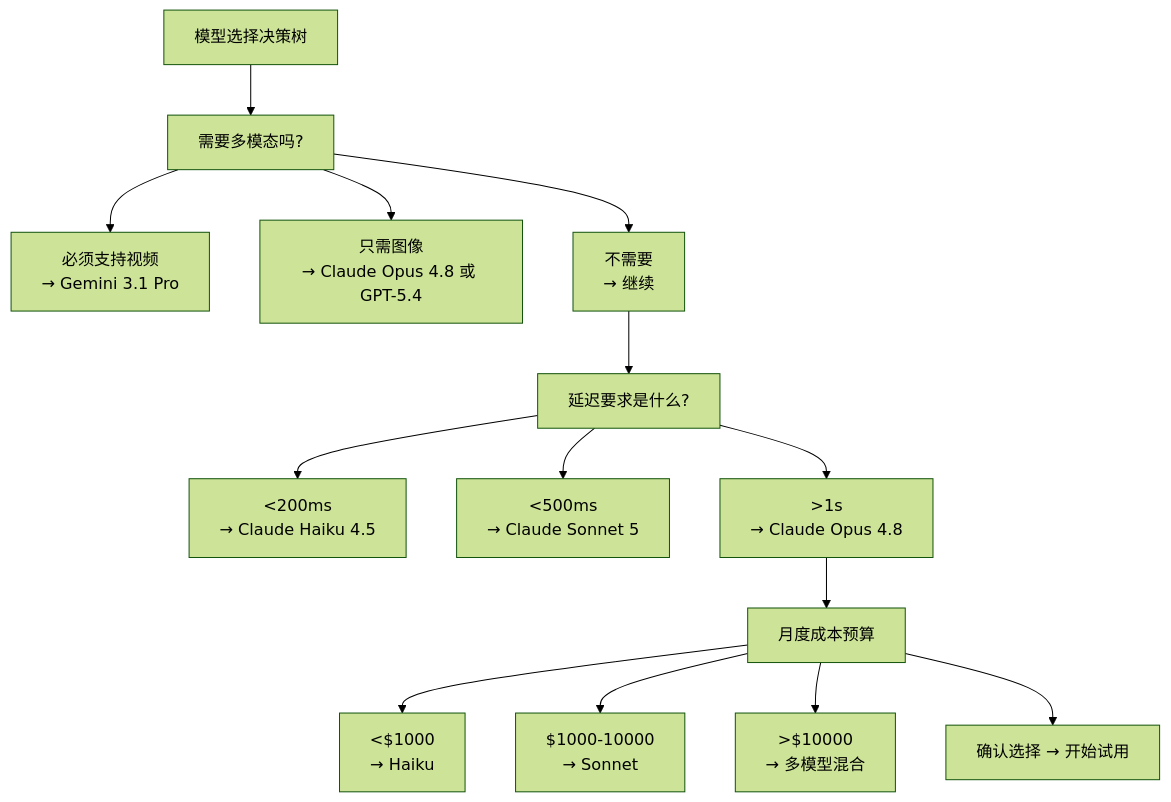
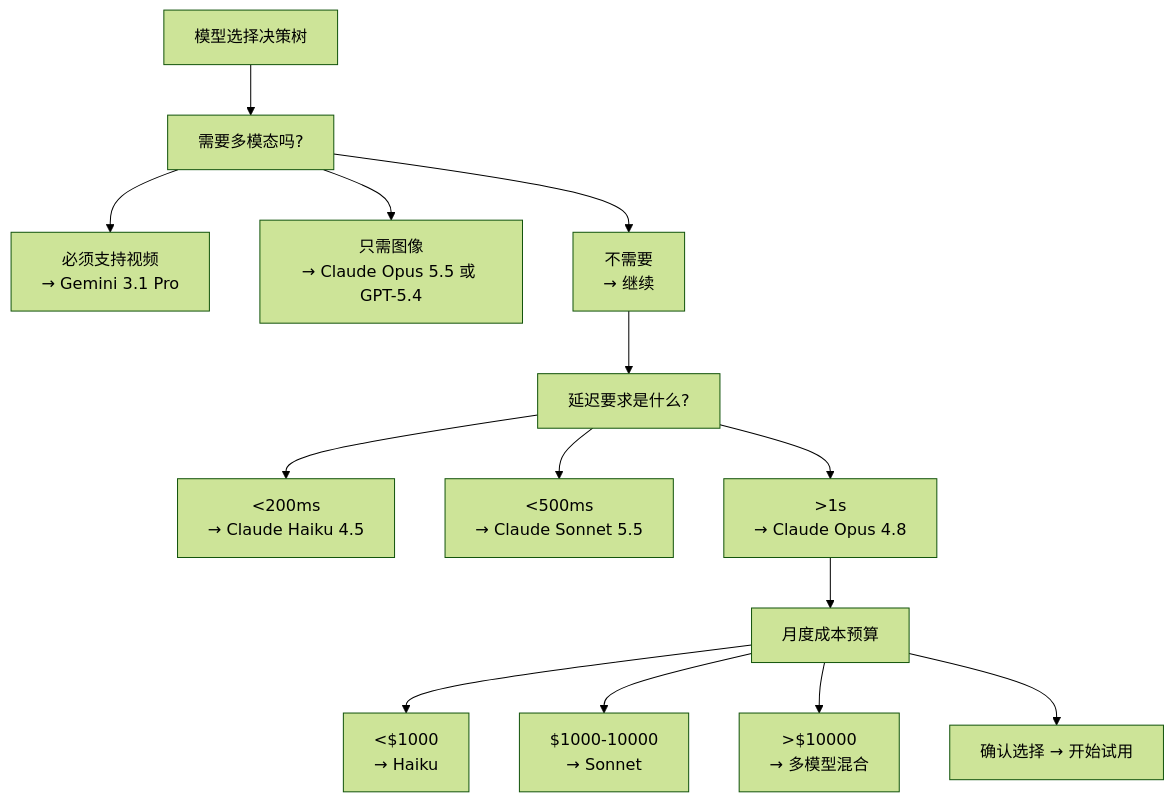
One commit to yeasy/claude_guide changed the first of 3 diagrams in 12_appendix/12.6_model_comparison.md. Above: the diagram before and after it, drawn with Mermaid (forest theme). The commit also changed other lines of this file and 25 other files, not shown here.

Commit message:
fix(附录G): 刷新快变事实台账至 2026-10-04——Opus 5.5/Sonnet 5.5/Fable 5.1 成为当前型号，Opus 5/Sonnet 5 入 Legacy；同步选型、定价、thinking、缓存与 computer use 各章，Sonnet 4.6 行号白名单按内容重映射

````diff
--- a/12_appendix/12.6_model_comparison.md
+++ b/12_appendix/12.6_model_comparison.md
@@ -558,34 +558,34 @@
 ```mermaid
 graph TD
     A["模型选择决策树"]
     B["需要多模态吗?"]
     B1["必须支持视频<br/>→ Gemini 3.1 Pro"]
-    B2["只需图像<br/>→ Claude Opus 4.8 或 GPT-5.4"]
+    B2["只需图像<br/>→ Claude Opus 5.5 或 GPT-5.4"]
     B3["不需要<br/>→ 继续"]
 
     C["延迟要求是什么?"]
     C1["<200ms<br/>→ Claude Haiku 4.5"]
-    C2["<500ms<br/>→ Claude Sonnet 5"]
+    C2["<500ms<br/>→ Claude Sonnet 5.5"]
     C3[">1s<br/>→ Claude Opus 4.8"]
 
     D["月度成本预算"]
     D1["<$1000<br/>→ Haiku"]
     D2["$1000-10000<br/>→ Sonnet"]
     D3[">$10000<br/>→ 多模型混合"]
 
     E["确认选择 → 开始试用"]
 
     A --> B
     B --> B1
     B --> B2
     B --> B3
     B3 --> C
     C --> C1
     C --> C2
     C --> C3
     C3 --> D
     D --> D1
     D --> D2
     D --> D3
     D --> E
 ```
````
